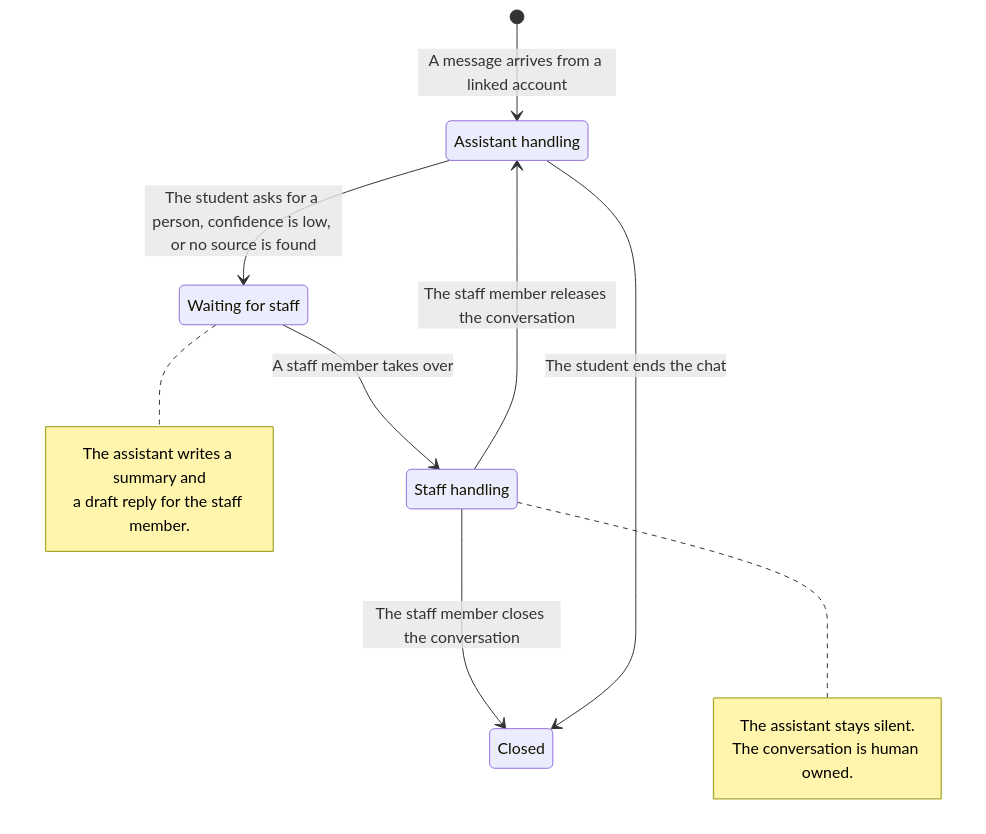
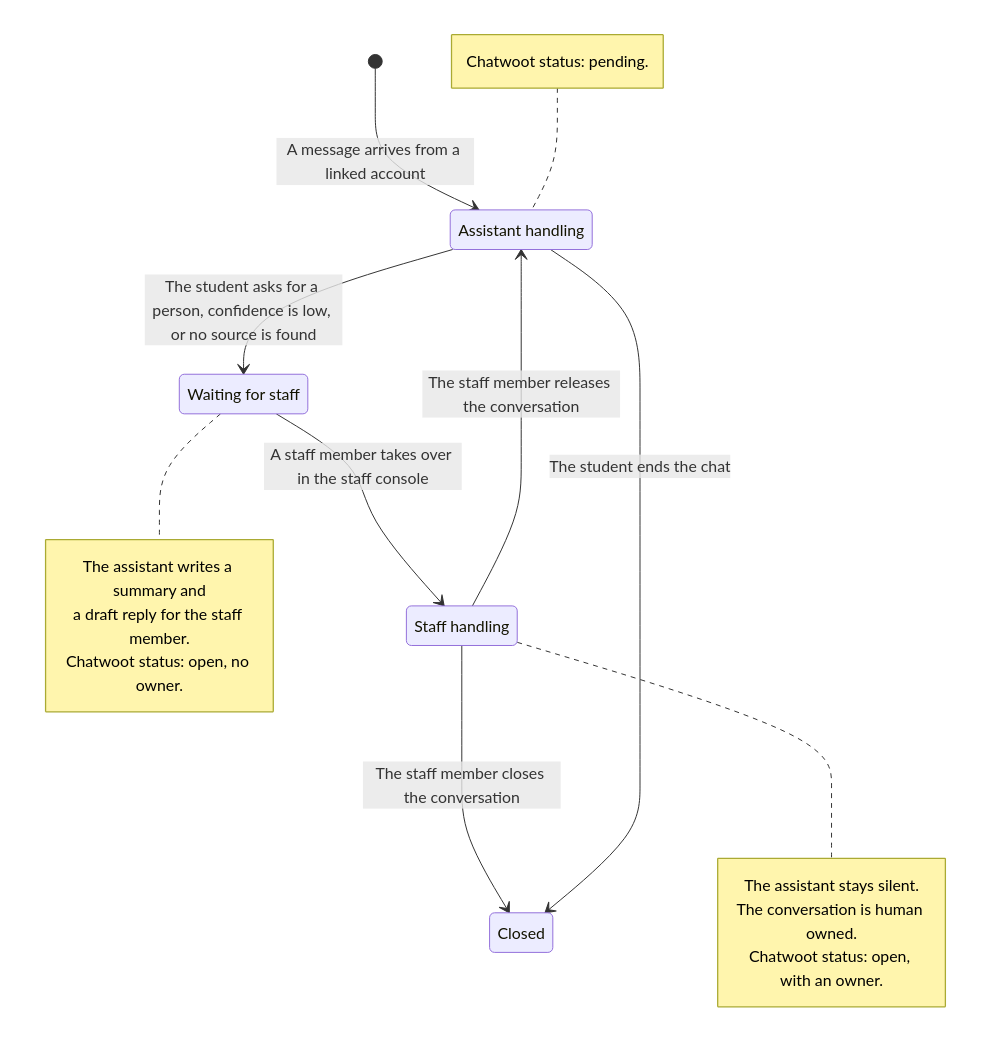
One commit to SaiWaiYanLynn/smart-university-website changed the diagram in design/diagrams/08_state_conversation.mmd. Above: the diagram before and after it, drawn with Mermaid. The commit also changed 29 other files, not shown here.

Commit message:
Updated diagrams for supervisor with sub-agents and the new staff and instructor pages

```diff
--- a/design/diagrams/08_state_conversation.mmd
+++ b/design/diagrams/08_state_conversation.mmd
@@ -1,19 +1,24 @@
 stateDiagram-v2
   state "Assistant handling" as AssistantHandling
   state "Waiting for staff" as WaitingForStaff
   state "Staff handling" as StaffHandling
   [*] --> AssistantHandling: A message arrives from a linked account
+  note left of AssistantHandling
+    Chatwoot status: pending.
+  end note
   AssistantHandling --> WaitingForStaff: The student asks for a person, confidence is low, or no source is found
-  WaitingForStaff --> StaffHandling: A staff member takes over
+  WaitingForStaff --> StaffHandling: A staff member takes over in the staff console
   StaffHandling --> AssistantHandling: The staff member releases the conversation
   StaffHandling --> Closed: The staff member closes the conversation
   AssistantHandling --> Closed: The student ends the chat
 
   note right of WaitingForStaff
     The assistant writes a summary and
     a draft reply for the staff member.
+    Chatwoot status: open, no owner.
   end note
   note right of StaffHandling
     The assistant stays silent.
     The conversation is human owned.
+    Chatwoot status: open, with an owner.
   end note
```
